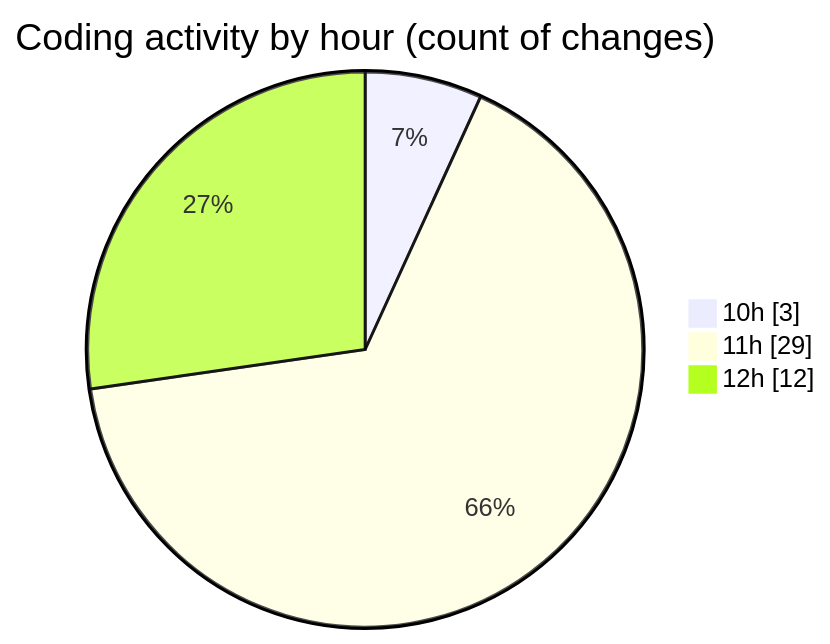
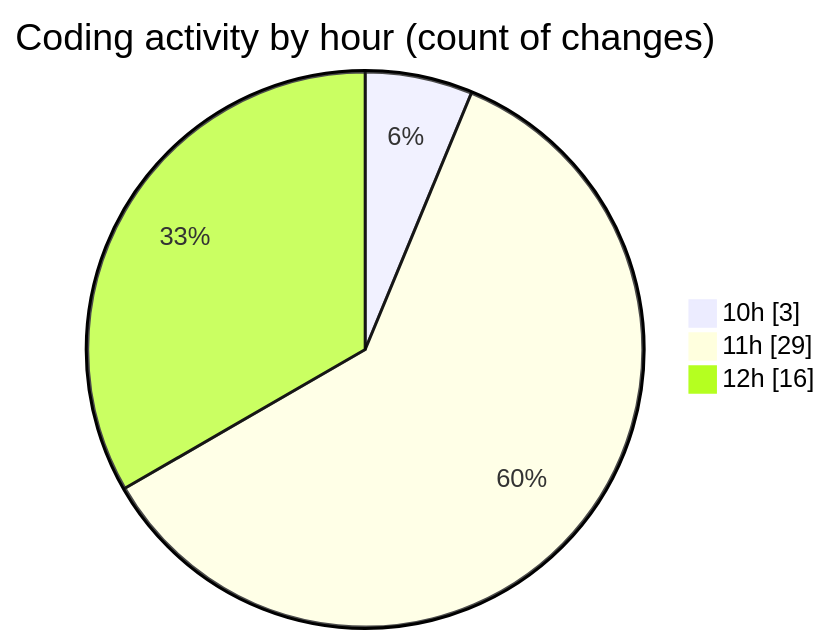
One commit to EIIisD/code-tracking changed the second of 2 diagrams in 2025-08-14/ribbon/README.md. Above: the diagram before and after it, drawn with Mermaid. The commit also changed other lines of this file and 1 other file, not shown here.

````diff
--- a/2025-08-14/ribbon/README.md
+++ b/2025-08-14/ribbon/README.md
@@ -37,7 +37,7 @@
 ```mermaid
 pie showData
 title Coding activity by hour (count of changes)
 "10h" : 3
 "11h" : 29
-"12h" : 12
+"12h" : 16
 ```
````
